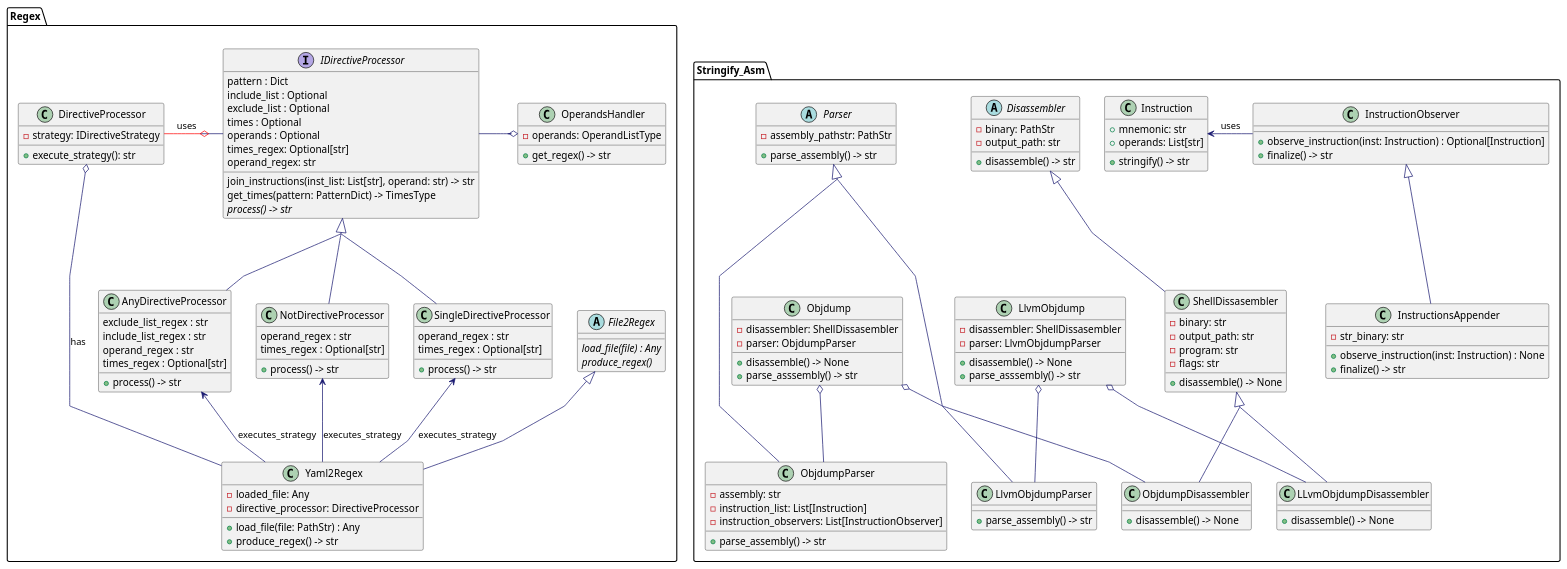
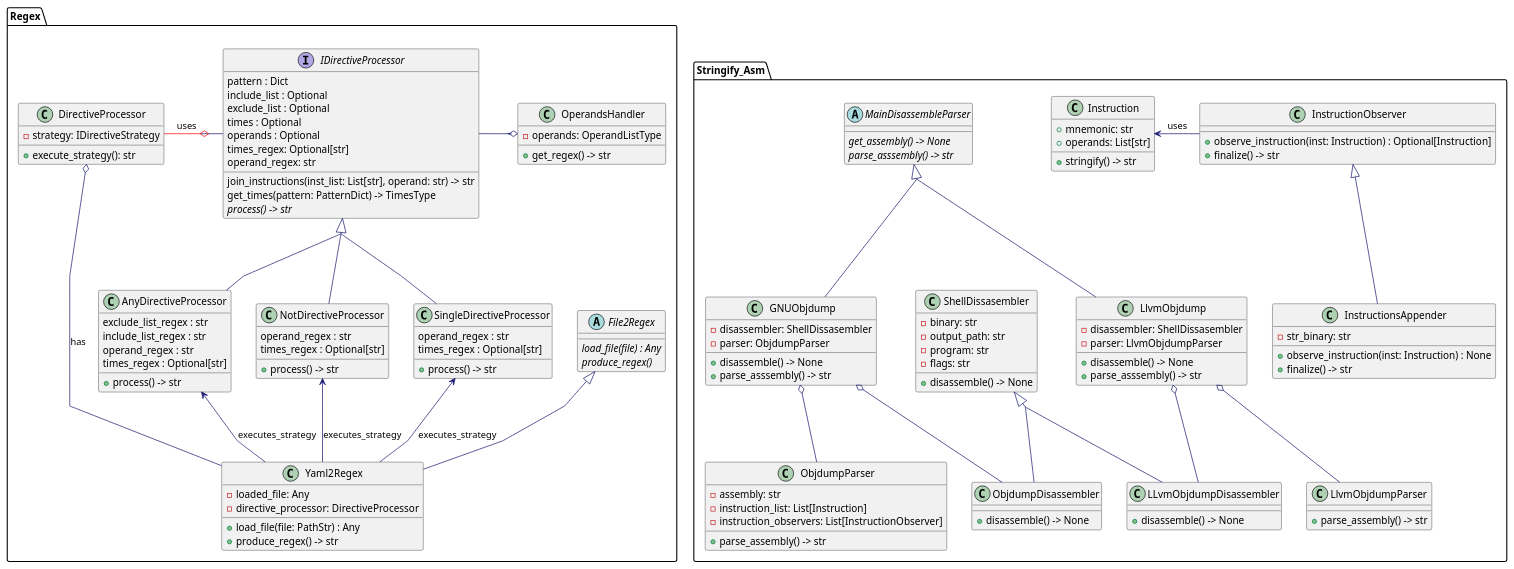
One commit to JukMR/JASM changed the diagram in design/diagram_class.puml. Above: the diagram before and after it, drawn with PlantUML. The commit also changed 12 other files, not shown here.

Commit message:
Join Parse and Disassemble classes into one. Remove paralellism in visiting observers.

```diff
--- a/design/diagram_class.puml
+++ b/design/diagram_class.puml
@@ -1,181 +1,175 @@
 @startuml diagram_class
 
 skinparam linetype polyline
 skinparam classFontName Helvetica
 skinparam ClassFontSize 14
 skinparam ArrowColor MidnightBlue
 skinparam groupInheritance 2
 
 
 skinparam class {
 
 }
 
 package "Stringify_Asm" {
-    abstract class Disassembler {
-        -binary: PathStr
-        -output_path: str
-        +disassemble() -> str
-    }
 
     class Instruction {
         +mnemonic: str
         +operands: List[str]
         +stringify() -> str
     }
 
     class InstructionObserver {
         +observe_instruction(inst: Instruction) : Optional[Instruction]
         +finalize() -> str
     }
 
-    abstract class Parser {
-        -assembly_pathstr: PathStr
-        +parse_assembly() -> str
+    abstract class MainDisassembleParser {
+        {abstract} get_assembly() -> None
+        {abstract} parse_asssembly() -> str
     }
 
     class LLvmObjdumpDisassembler {
         +disassemble() -> None
     }
 
     class LlvmObjdumpParser {
         +parse_assembly() -> str
     }
 
     class LlvmObjdump {
         -disassembler: ShellDissasembler
         -parser: LlvmObjdumpParser
         +disassemble() -> None
         +parse_asssembly() -> str
     }
 
     class ObjdumpDisassembler {
         +disassemble() -> None
     }
 
     class ObjdumpParser {
         -assembly: str
         -instruction_list: List[Instruction]
         -instruction_observers: List[InstructionObserver]
         +parse_assembly() -> str
     }
 
-    class Objdump {
+    class GNUObjdump {
         -disassembler: ShellDissasembler
         -parser: ObjdumpParser
         +disassemble() -> None
         +parse_asssembly() -> str
     }
 
     class InstructionsAppender {
         -str_binary: str
         +observe_instruction(inst: Instruction) : None
         +finalize() -> str
     }
 
     class ShellDissasembler {
         -binary: str
         -output_path: str
         -program: str
         -flags: str
         +disassemble() -> None
     }
 }
 
 package "Regex" {
 
     abstract class File2Regex {
         {abstract} load_file(file) : Any
         {abstract} produce_regex()
     }
 
     class Yaml2Regex {
         -loaded_file: Any
         -directive_processor: DirectiveProcessor
         +load_file(file: PathStr) : Any
         +produce_regex() -> str
     }
 
     class OperandsHandler {
         -operands: OperandListType
         +get_regex() -> str
     }
 
     class DirectiveProcessor {
         -strategy: IDirectiveStrategy
         +execute_strategy(): str
     }
 
     interface IDirectiveProcessor {
     pattern : Dict
     include_list : Optional
     exclude_list : Optional
     times : Optional
     operands : Optional
     times_regex: Optional[str]
     operand_regex: str
 
     join_instructions(inst_list: List[str], operand: str) -> str
     get_times(pattern: PatternDict) -> TimesType
     {abstract}process() -> str
     }
 
 
     class AnyDirectiveProcessor {
     exclude_list_regex : str
     include_list_regex : str
     operand_regex : str
     times_regex : Optional[str]
 
     +process() -> str
     }
 
     class NotDirectiveProcessor {
     operand_regex : str
     times_regex : Optional[str]
 
     +process() -> str
     }
 
     class SingleDirectiveProcessor {
     operand_regex : str
     times_regex : Optional[str]
 
     +process() -> str
     }
 
 
 
 }
 
 ' Strategy Pattern Relationships
 DirectiveProcessor -[#red,thickness=1]o IDirectiveProcessor: uses
 IDirectiveProcessor  <|-- AnyDirectiveProcessor
 IDirectiveProcessor  <|-- SingleDirectiveProcessor
 IDirectiveProcessor  <|-- NotDirectiveProcessor
 
 Yaml2Regex --up> AnyDirectiveProcessor : executes_strategy
 Yaml2Regex --up> SingleDirectiveProcessor : executes_strategy
 Yaml2Regex --up> NotDirectiveProcessor : executes_strategy
 Yaml2Regex --o DirectiveProcessor: has
 
 
 IDirectiveProcessor -o OperandsHandler
 
 
+MainDisassembleParser <|-- GNUObjdump
+MainDisassembleParser <|-- LlvmObjdump
 Instruction <- InstructionObserver : uses
 File2Regex <|-- Yaml2Regex
-Parser <|--- LlvmObjdumpParser
-Parser <|--- ObjdumpParser
 InstructionObserver <|-- InstructionsAppender
 
-Objdump o-- ObjdumpDisassembler
-Objdump o-- ObjdumpParser
+GNUObjdump o-- ObjdumpDisassembler
+GNUObjdump o-- ObjdumpParser
 
 LlvmObjdump o-- LlvmObjdumpParser
 LlvmObjdump o-- LLvmObjdumpDisassembler
 
-Disassembler <|-- ShellDissasembler
 ShellDissasembler <|-- ObjdumpDisassembler
 ShellDissasembler <|-- LLvmObjdumpDisassembler
 @enduml
```
